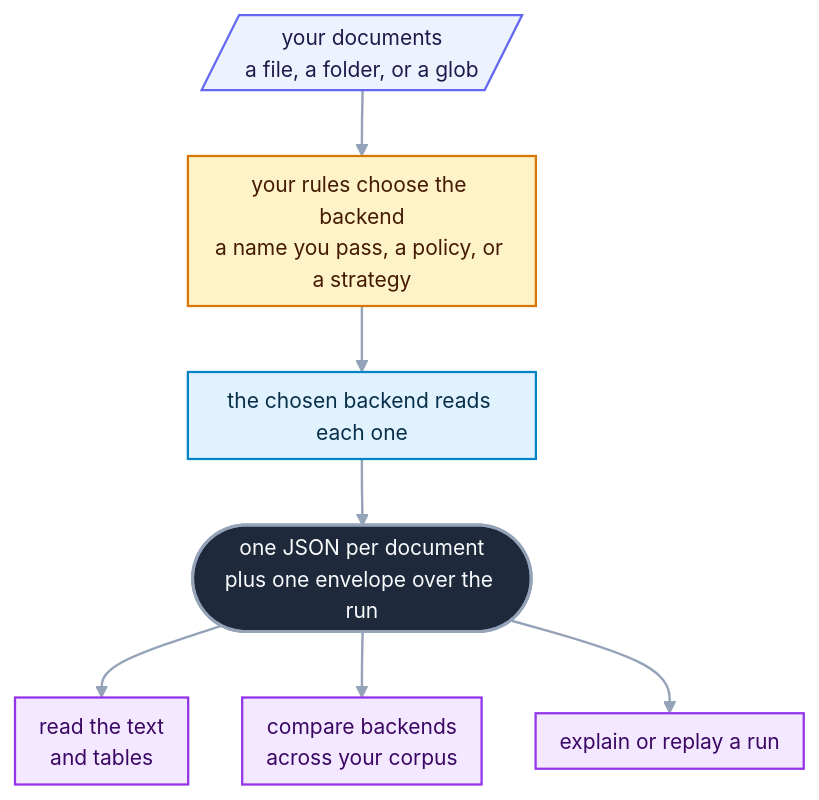
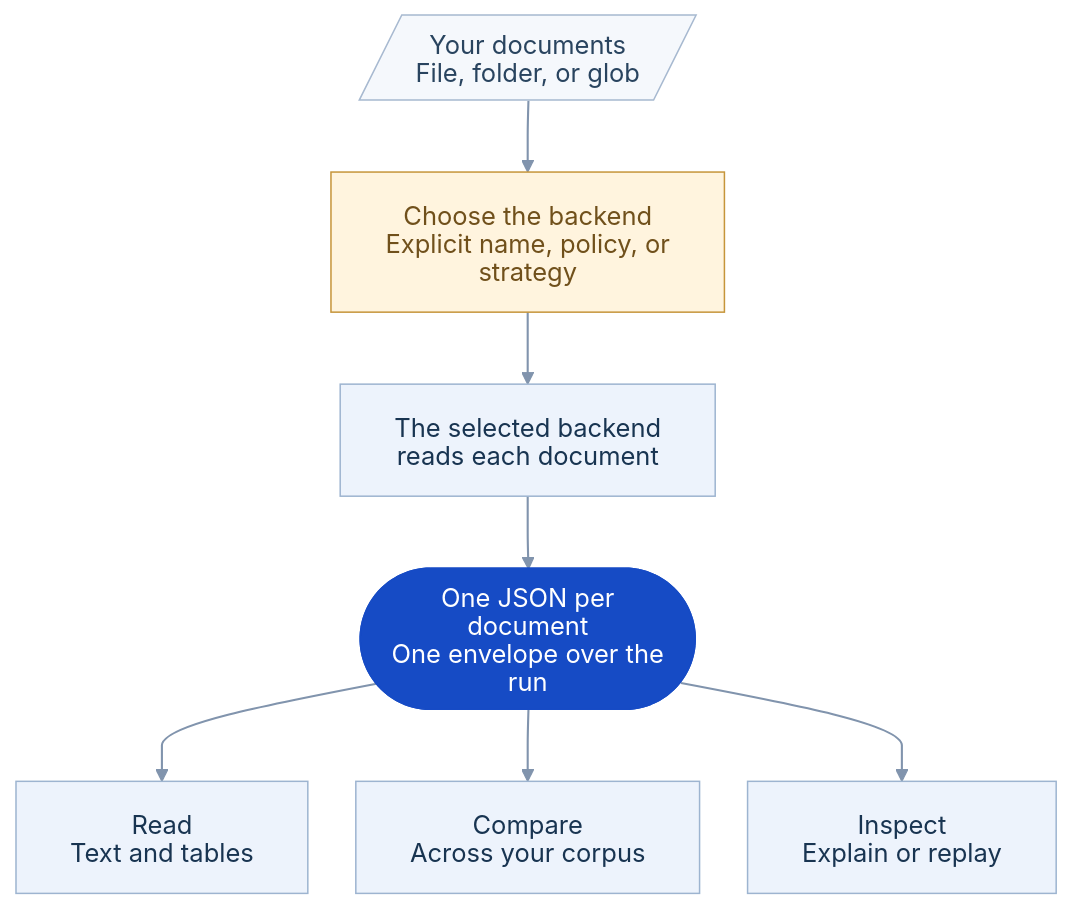
One commit to openreading-ai/openreading-core changed the diagram in README.md. Above: the diagram before and after it, drawn with Mermaid. The commit also changed other lines of this file and 35 other files, not shown here.

First line of the commit message:
docs: unify README diagrams and add tutorial website (#43)

````diff
--- a/README.md
+++ b/README.md
@@ -35,16 +43,19 @@
 ```mermaid
-%%{init: {"theme":"base","themeVariables":{"fontFamily":"ui-sans-serif, system-ui, -apple-system, Segoe UI, Roboto, sans-serif","fontSize":"14px","lineColor":"#94a3b8","textColor":"#334155","primaryTextColor":"#0f172a","edgeLabelBackground":"#eef2f7","clusterBkg":"#f8fafc","clusterBorder":"#cbd5e1","titleColor":"#334155"},"flowchart":{"curve":"basis","nodeSpacing":36,"rankSpacing":44,"padding":8,"useMaxWidth":true}}}%%
+%%{init: {"theme":"base","fontFamily":"Arial","deterministicIds":true,"deterministicIDSeed":"openreading","htmlLabels":false,"themeVariables":{"fontFamily":"Arial","fontSize":"17px","lineColor":"#8194ad","textColor":"#183451","primaryTextColor":"#183451","primaryColor":"#edf3fc","primaryBorderColor":"#9db4d0","edgeLabelBackground":"#ffffff","clusterBkg":"#f5f8fc","clusterBorder":"#d7e1ee","titleColor":"#183451","actorBkg":"#edf3fc","actorBorder":"#9db4d0","actorTextColor":"#183451","actorLineColor":"#9db4d0","signalColor":"#527095","signalTextColor":"#183451","labelBoxBkgColor":"#fff4de","labelBoxBorderColor":"#c6953a","labelTextColor":"#70501b","loopTextColor":"#527095","noteBkgColor":"#edf3fc","noteBorderColor":"#9db4d0","noteTextColor":"#183451","sequenceNumberColor":"#ffffff","activationBkgColor":"#e7f3ee","activationBorderColor":"#679780"},"flowchart":{"curve":"monotoneY","nodeSpacing":32,"rankSpacing":48,"padding":18,"useMaxWidth":true},"sequence":{"useMaxWidth":true,"actorMargin":65,"messageMargin":38,"mirrorActors":false}}}%%
 flowchart TD
-  D[/"your documents<br>a file, a folder, or a glob"/]:::src --> B["your rules choose the backend<br>a name you pass, a policy, or a strategy"]:::gate
-  B --> P["the chosen backend reads each one"]:::work
-  P --> J(["one JSON per document<br>plus one envelope over the run"]):::hero
-  J --> T["read the text<br>and tables"]:::out
-  J --> C["compare backends<br>across your corpus"]:::out
-  J --> E["explain or replay a run"]:::out
-  classDef src fill:#eef2ff,stroke:#6366f1,stroke-width:1.5px,color:#1e1b4b;
-  classDef work fill:#e0f2fe,stroke:#0284c7,stroke-width:1.5px,color:#082f49;
-  classDef gate fill:#fef3c7,stroke:#d97706,stroke-width:1.5px,color:#451a03;
-  classDef out fill:#f3e8ff,stroke:#9333ea,stroke-width:1.5px,color:#3b0764;
-  classDef hero fill:#1e293b,stroke:#94a3b8,stroke-width:2px,color:#f8fafc;
-  linkStyle default stroke-width:1.6px;
+  D[/"Your documents<br>File, folder, or glob"/]:::src --> B["Choose the backend<br>Explicit name, policy, or strategy"]:::gate
+  B --> P["The selected backend reads each document"]:::work
+  P --> J(["One JSON per document<br>One envelope over the run"]):::hero
+  J --> T["Read<br>Text and tables"]:::out
+  J --> C["Compare<br>Across your corpus"]:::out
+  J --> E["Inspect<br>Explain or replay"]:::out
+  classDef src fill:#f5f8fc,stroke:#a7b9d0,stroke-width:1px,color:#29445f;
+  classDef work fill:#edf3fc,stroke:#9db4d0,stroke-width:1px,color:#183451;
+  classDef gate fill:#fff4de,stroke:#c6953a,stroke-width:1px,color:#70501b;
+  classDef good fill:#e7f3ee,stroke:#679780,stroke-width:1px,color:#245740;
+  classDef bad fill:#fbeeee,stroke:#c78686,stroke-width:1px,color:#803d3d;
+  classDef store fill:#e7f3ee,stroke:#679780,stroke-width:1px,color:#245740;
+  classDef out fill:#edf3fc,stroke:#9db4d0,stroke-width:1px,color:#183451;
+  classDef hero fill:#164bc5,stroke:#164bc5,stroke-width:1px,color:#ffffff;
+  linkStyle default stroke-width:1.4px;
 ```
````
